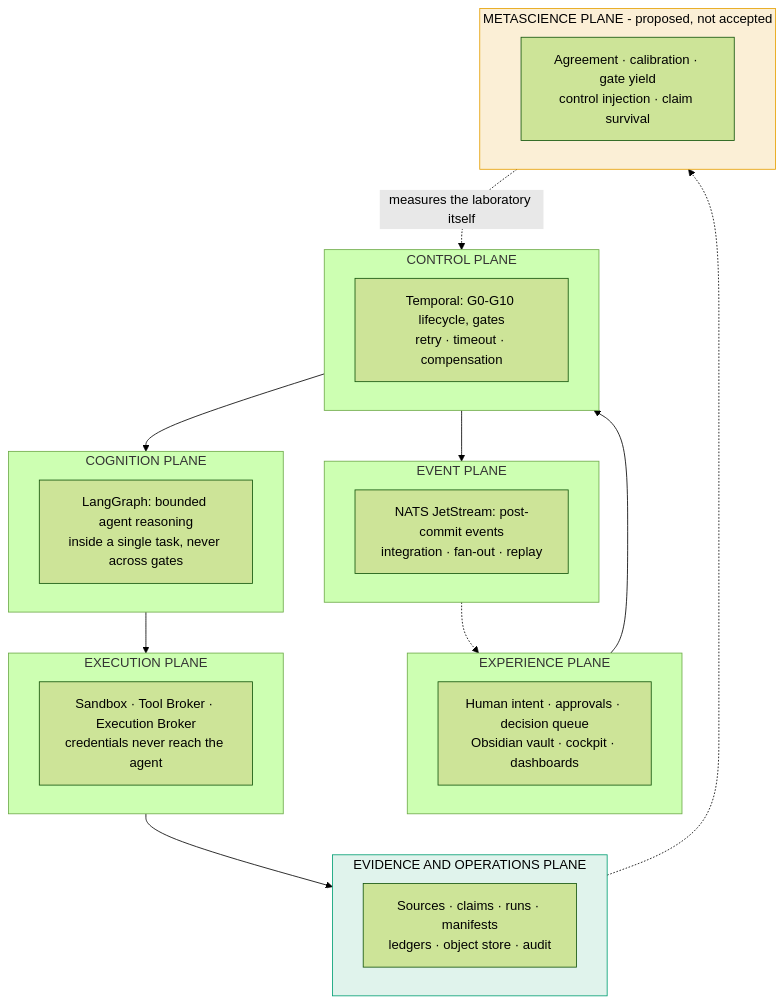
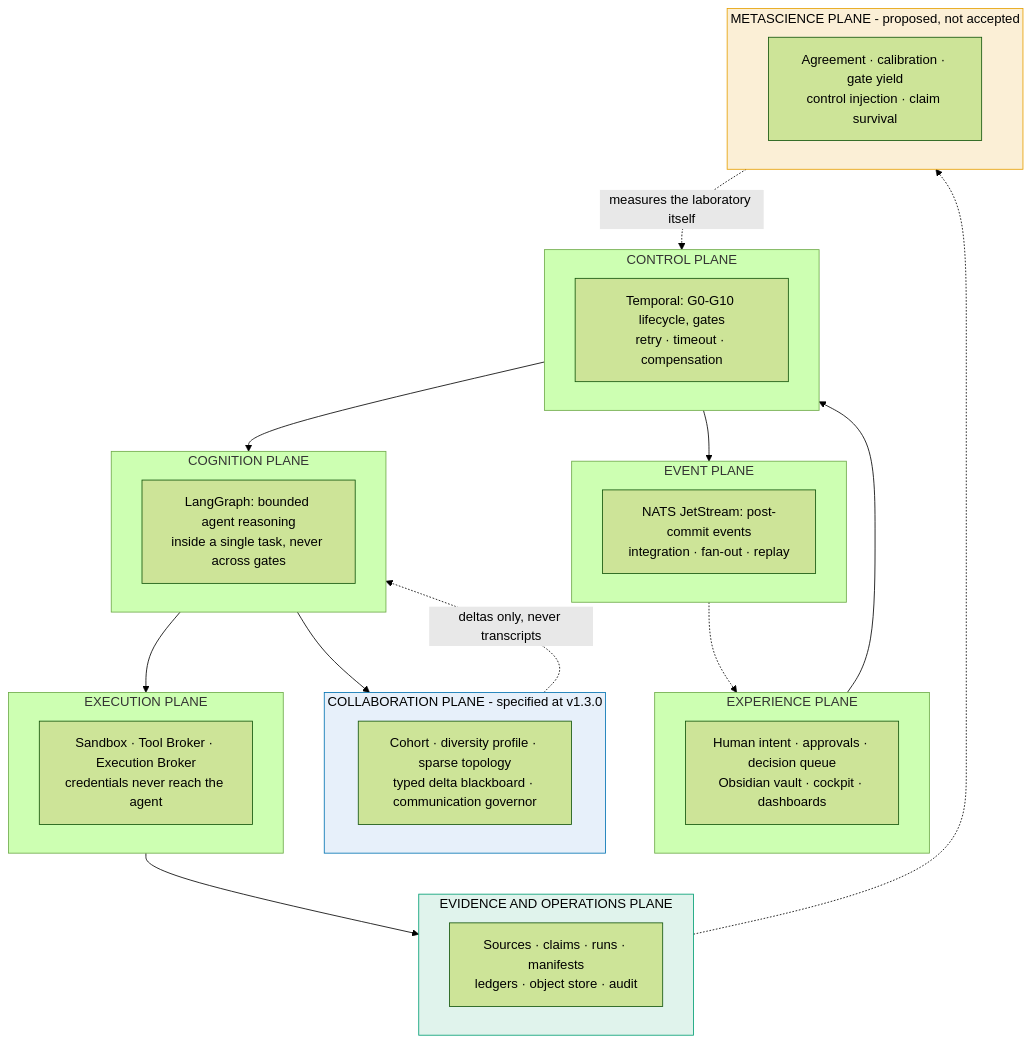
One commit to furkanhanilci/AETHRION changed the seventh of 16 diagrams in README.md. Above: the diagram before and after it, drawn with Mermaid (forest theme). The commit also changed other lines of this file and 107 other files, not shown here.

````diff
--- a/README.md
+++ b/README.md
@@ -402,31 +402,37 @@
 ```mermaid
 flowchart TD
     subgraph EXP["EXPERIENCE PLANE"]
         E1["Human intent · approvals · decision queue<br/>Obsidian vault · cockpit · dashboards"]
     end
     subgraph CTL["CONTROL PLANE"]
         C1["Temporal: G0-G10 lifecycle, gates<br/>retry · timeout · compensation"]
     end
     subgraph EVT["EVENT PLANE"]
         V1["NATS JetStream: post-commit events<br/>integration · fan-out · replay"]
     end
     subgraph COG["COGNITION PLANE"]
         G1["LangGraph: bounded agent reasoning<br/>inside a single task, never across gates"]
     end
+    subgraph CLB["COLLABORATION PLANE - specified at v1.3.0"]
+        B1["Cohort · diversity profile · sparse topology<br/>typed delta blackboard · communication governor"]
+    end
     subgraph EXE["EXECUTION PLANE"]
         X1["Sandbox · Tool Broker · Execution Broker<br/>credentials never reach the agent"]
     end
     subgraph EVD["EVIDENCE AND OPERATIONS PLANE"]
         D1["Sources · claims · runs · manifests<br/>ledgers · object store · audit"]
     end
     subgraph MET["METASCIENCE PLANE - proposed, not accepted"]
         M1["Agreement · calibration · gate yield<br/>control injection · claim survival"]
     end
     EXP --> CTL --> COG --> EXE --> EVD
+    COG --> CLB
+    CLB -.->|"deltas only, never transcripts"| COG
     CTL --> EVT
     EVT -.-> EXP
     EVD -.-> MET
     MET -.->|"measures the laboratory itself"| CTL
     style MET fill:#FBEFD6,stroke:#E69F00,color:#000
     style EVD fill:#E0F3EC,stroke:#009E73,color:#000
+    style CLB fill:#E7F0FA,stroke:#0072B2,color:#000
 ```
````
